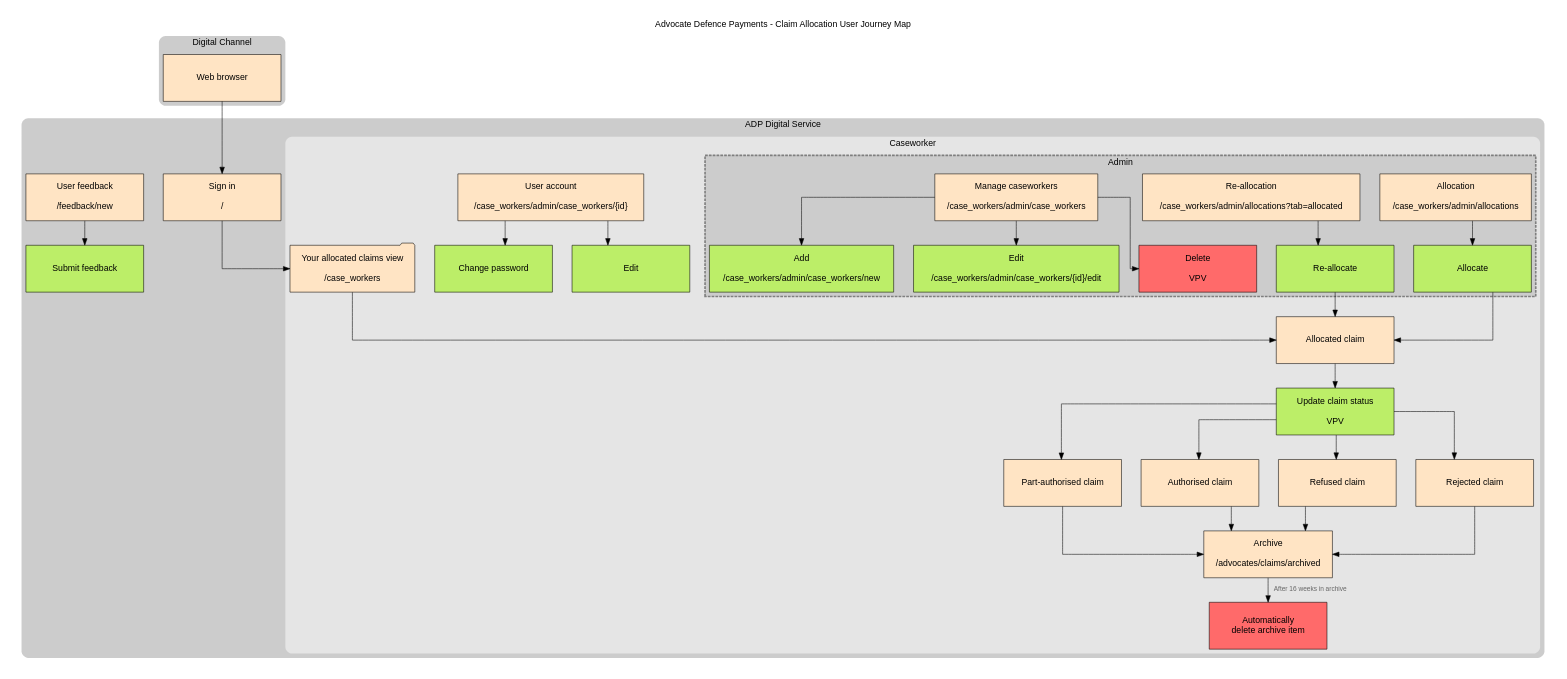
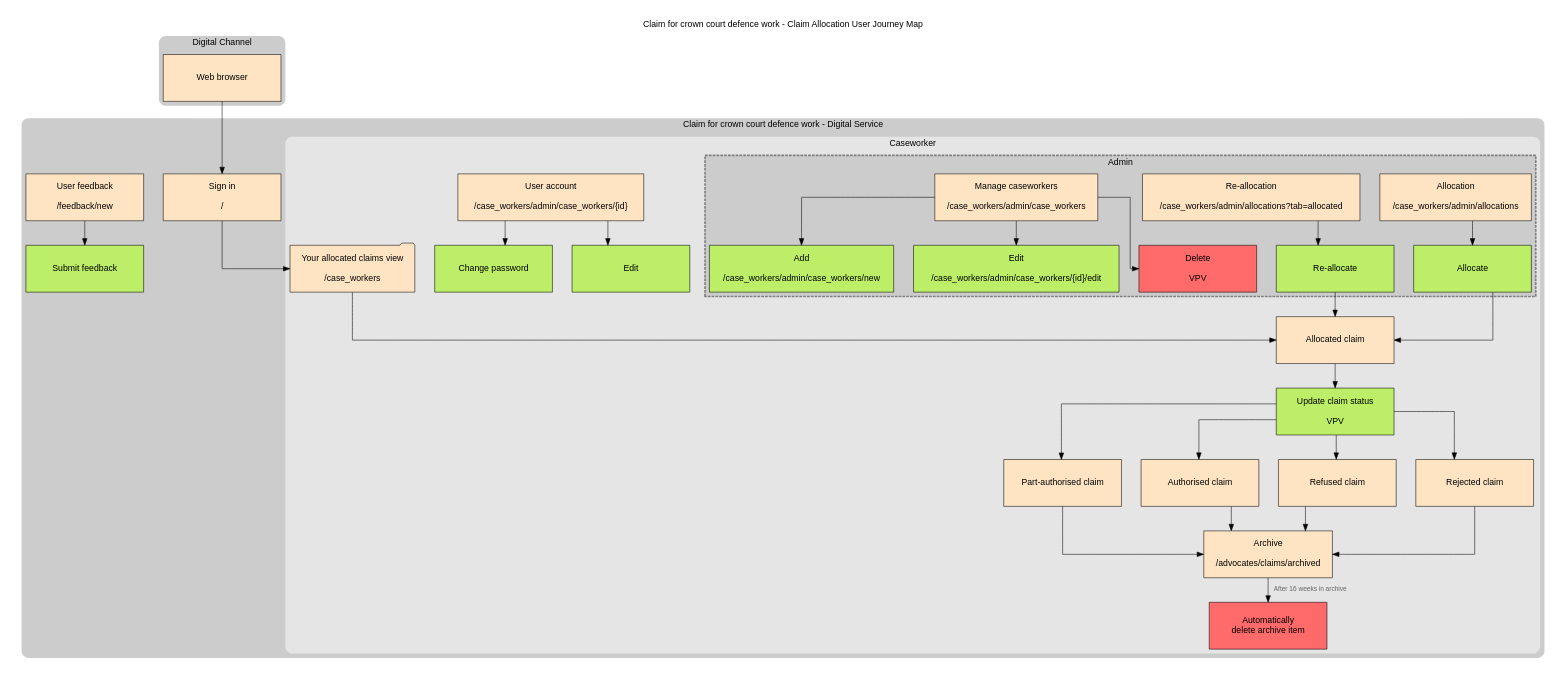
The diagram in ux/user-journey-caseworkers.gv (ministryofjustice/Claim-for-Crown-Court-Defence), drawn with Graphviz before and after one commit. The commit also changed 13 other files, not shown here.

```diff
--- a/ux/user-journey-caseworkers.gv
+++ b/ux/user-journey-caseworkers.gv
@@ -1,98 +1,98 @@
 digraph CLA_User_Journey {
 	compound 	= true
 	labelloc 	= t
 	ordering 	= out
 	splines 	= ortho
 	nodesep		= .5
 	ranksep 	= .3
 
-	label 		= "Advocate Defence Payments - Claim Allocation User Journey Map"
+	label 		= "Claim for crown court defence work - Claim Allocation User Journey Map"
 	fontsize	= 16
 	size 		= "11x8"
 
 	graph  [ style="rounded, filled" fillcolor=grey80 fontname=Helvetica penwidth=0 ]
 	node   [ shape=box style=filled fillcolor=bisque fontname=Helvetica fontsize=16 height=1.2 width=3 ]
 	edge   [ minlen=2 arrowsize=1.2 fontname=Helvetica fontsize=12 fontcolor=grey40 ]
 
 	subgraph cluster_digital_channel {
 		label="Digital Channel"
 
 		browser [ label = "Web browser" ]
 	}
 
 	subgraph cluster_adp_digital_service {
-		label="ADP Digital Service"
+		label="Claim for crown court defence work - Digital Service"
 
 		sign_in [ label="Sign in\n\n/" ]
 
 		feedback [ label="User feedback\n\n/feedback/new" ]
 		feedback_submitted [ label="Submit feedback" fillcolor=darkolivegreen2 ]
 
 		feedback -> feedback_submitted
 
 		subgraph logged_in {
 			label="User logged in"
 			fillcolor=grey90
 
 			subgraph cluster_caseworker {
 				label="Caseworker"
 
 				claims [ label="Your allocated claims view\n\n/case_workers" shape="folder" ]
 				allocated_claim [ label="Allocated claim" ]
 				part_authorised_claim [ label="Part-authorised claim" ]
 				authorised_claim [ label="Authorised claim" ]
 				refused_claim [ label="Refused claim" ]
 				rejected_claim [ label="Rejected claim" ]
 				update_claim [ label="Update claim status\n\nVPV" fillcolor=darkolivegreen2 ]
 				account [ label="User account\n\n/case_workers/admin/case_workers/{id}" ]
 
 				account -> {
 					edit [ label="Edit" fillcolor=darkolivegreen2 ]
 					change_password [ label="Change password" fillcolor=darkolivegreen2 ]
 				}
 
 				archive [ label="Archive\n\n/advocates/claims/archived" ]
 				delete_archive [ label="Automatically\ndelete archive item"  fillcolor=indianred1 ]
 
 				subgraph cluster_caseworker_admin {
 					label="Admin"
 					fillcolor=grey80
 					penwidth=3
 					color=gray50
 					style="filled,dashed"
 
 					allocation [ label="Allocation\n\n/case_workers/admin/allocations" ]
 					reallocation [ label="Re-allocation\n\n/case_workers/admin/allocations?tab=allocated" ]
 					manage_caseworkers [ label="Manage caseworkers\n\n/case_workers/admin/case_workers" ]
 
 					# Admin connections
 					manage_caseworkers -> {
 						add_caseworker [ label="Add\n\n/case_workers/admin/case_workers/new" fillcolor=darkolivegreen2 ]
 						edit_caseworker [ label="Edit\n\n/case_workers/admin/case_workers/{id}/edit" fillcolor=darkolivegreen2 ]
 						delete_caseworker [ label="Delete\n\nVPV" fillcolor=indianred1 ]
 					}
 
 					allocation -> {
 						allocate_claim [ label="Allocate" fillcolor=darkolivegreen2 ]
 					}
 					reallocation -> {
 						reallocate_claim [ label="Re-allocate" fillcolor=darkolivegreen2 ]
 					}
 				}
 			}
 		}
 	}
 
 	browser -> sign_in -> claims -> allocated_claim -> update_claim
 
 	{ allocate_claim, reallocate_claim } -> allocated_claim
 
 	update_claim -> {
 		part_authorised_claim
 		authorised_claim
 		refused_claim
 		rejected_claim
 	} -> archive
 
 	archive -> delete_archive [ taillabel="After 16 weeks in archive" labeldistance="8" labelangle="75" ]
 }
```
